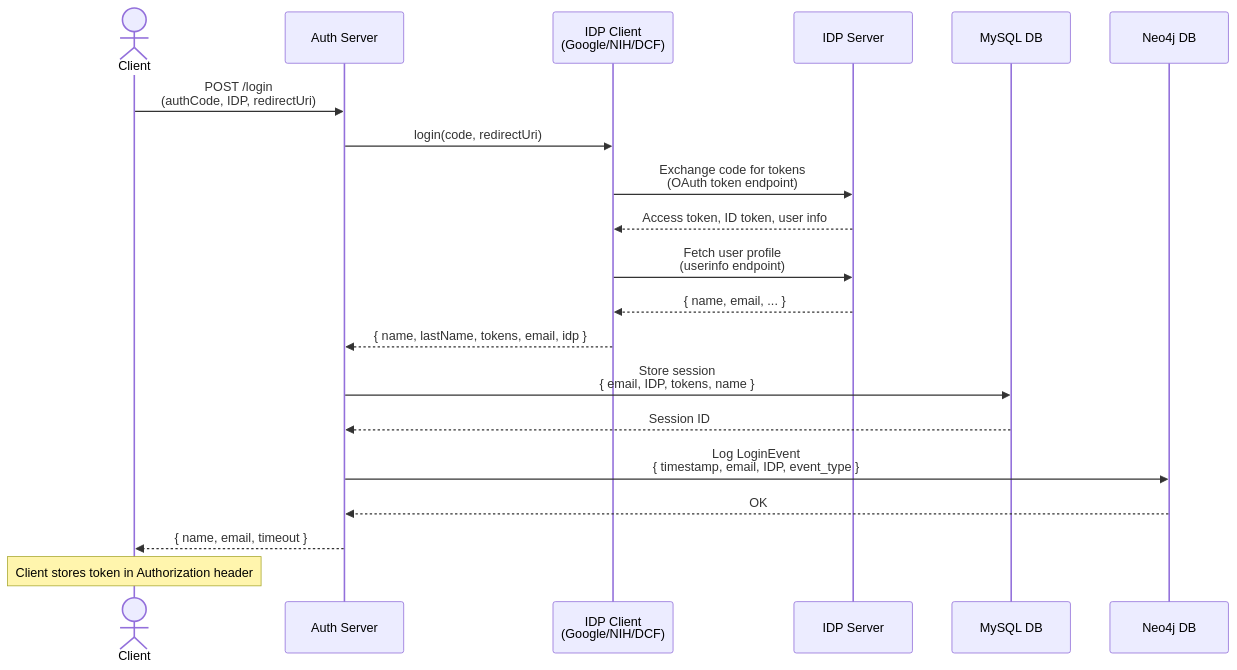
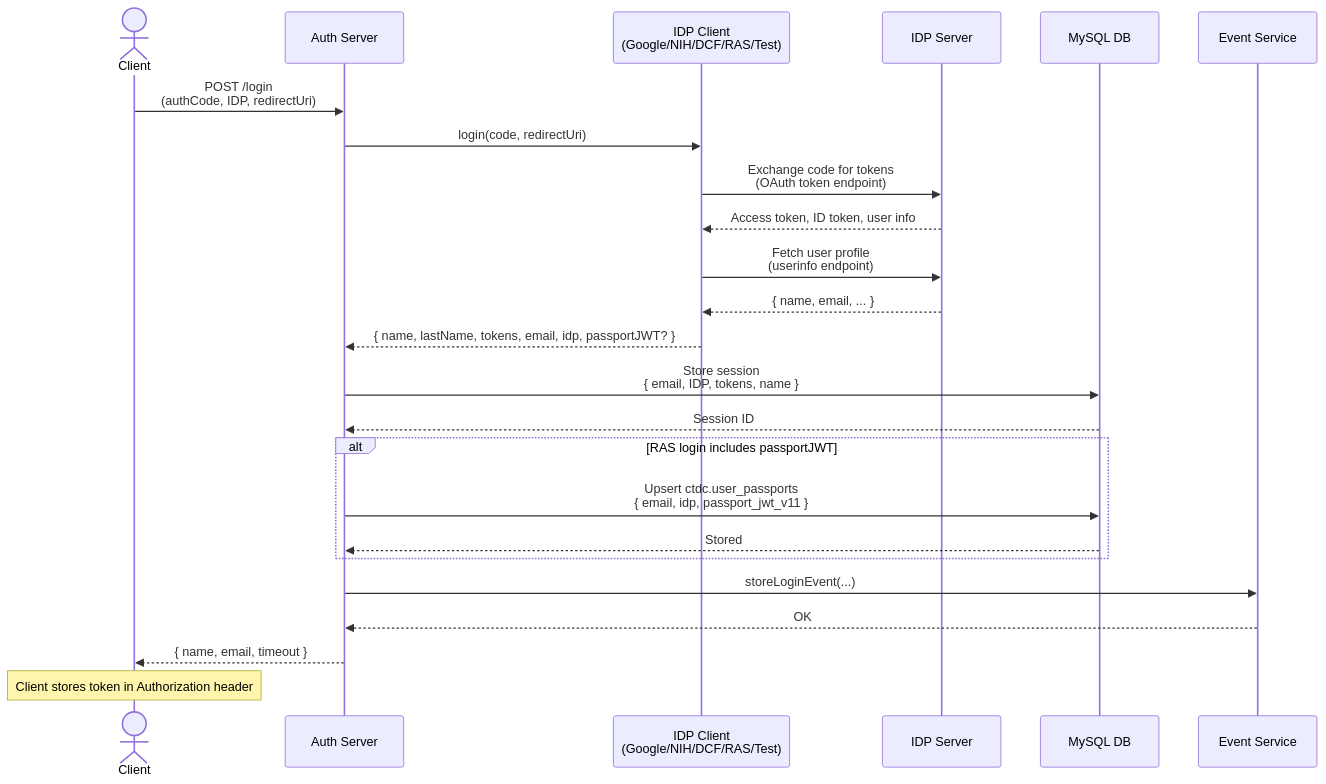
One commit to CBIIT/crdc-ctdc-authn changed the second of 8 diagrams in docs/architecture/runtime-flows.md. Above: the diagram before and after it, drawn with Mermaid. The commit also changed other lines of this file and 3 other files, not shown here.

First line of the commit message:
docs: update architecture diagrams and flows for RAS integration

````diff
--- a/docs/architecture/runtime-flows.md
+++ b/docs/architecture/runtime-flows.md
@@ -32,28 +38,33 @@
 ```mermaid
 sequenceDiagram
     actor Client
     participant AuthServer as Auth Server
-    participant IDP as IDP Client<br/>(Google/NIH/DCF)
+    participant IDP as IDP Client<br/>(Google/NIH/DCF/RAS/Test)
     participant IDPServer as IDP Server
     participant MySQL as MySQL DB
-    participant Neo4j as Neo4j DB
+    participant EventService as Event Service
     
     Client->>AuthServer: POST /login<br/>(authCode, IDP, redirectUri)
     
     AuthServer->>IDP: login(code, redirectUri)
     IDP->>IDPServer: Exchange code for tokens<br/>(OAuth token endpoint)
     IDPServer-->>IDP: Access token, ID token, user info
     IDP->>IDPServer: Fetch user profile<br/>(userinfo endpoint)
     IDPServer-->>IDP: { name, email, ... }
-    IDP-->>AuthServer: { name, lastName, tokens, email, idp }
+    IDP-->>AuthServer: { name, lastName, tokens, email, idp, passportJWT? }
     
     AuthServer->>MySQL: Store session<br/>{ email, IDP, tokens, name }
     MySQL-->>AuthServer: Session ID
+
+    alt RAS login includes passportJWT
+        AuthServer->>MySQL: Upsert ctdc.user_passports<br/>{ email, idp, passport_jwt_v11 }
+        MySQL-->>AuthServer: Stored
+    end
     
-    AuthServer->>Neo4j: Log LoginEvent<br/>{ timestamp, email, IDP, event_type }
-    Neo4j-->>AuthServer: OK
+    AuthServer->>EventService: storeLoginEvent(...)
+    EventService-->>AuthServer: OK
     
     AuthServer-->>Client: { name, email, timeout }
     
     Note over Client: Client stores token in Authorization header
 ```
````
